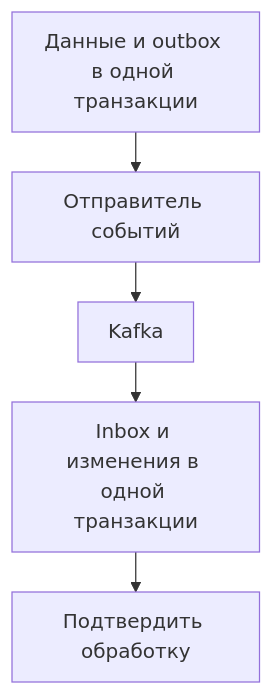
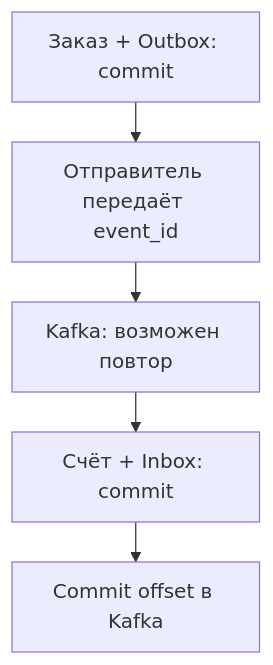
Before and after one commit to bedrock-python/bedrock-python.github.io: the diagram in translations/ru/blog/posts/2026-09-13-reliable-events-outbox-inbox-kafka.md, drawn with Mermaid. The commit also changed other lines of this file and 205 other files, not shown here.

Commit message:
Обновлены переводы статей: изменены заголовки и описания для улучшения ясности и соответствия контенту. В статье о Kafka уточнены детали о сервисе доставки, а в статье о Redis изменено описание на более подходящее для интернет-магазина.

````diff
--- a/translations/ru/blog/posts/2026-09-13-reliable-events-outbox-inbox-kafka.md
+++ b/translations/ru/blog/posts/2026-09-13-reliable-events-outbox-inbox-kafka.md
@@ -45,22 +141,22 @@
 ```mermaid
 ---
 config:
   theme: default
   look: classic
   flowchart:
     useMaxWidth: false
     wrappingWidth: 150
     padding: 12
     nodeSpacing: 24
     rankSpacing: 32
 ---
 flowchart TD
-    accTitle: Атомарность на каждой стороне доставки
-    accDescr: Отправитель сохраняет данные и outbox одной транзакцией. Потребитель так же сохраняет изменения и отметку в inbox. Между этими шагами событие может доставляться повторно.
-    A["Данные и outbox в одной транзакции"]
-    B["Отправитель событий"]
-    C["Kafka"]
-    D["Inbox и изменения в одной транзакции"]
-    E["Подтвердить обработку"]
+    accTitle: От заказа к одному счёту
+    accDescr: Заказ и событие сохраняются вместе. Счёт и Inbox тоже сохраняются вместе. Доставка через Kafka между ними может повторяться.
+    A["Заказ + Outbox: commit"]
+    B["Отправитель передаёт event_id"]
+    C["Kafka: возможен повтор"]
+    D["Счёт + Inbox: commit"]
+    E["Commit offset в Kafka"]
     A --> B --> C --> D --> E
 ```
````
